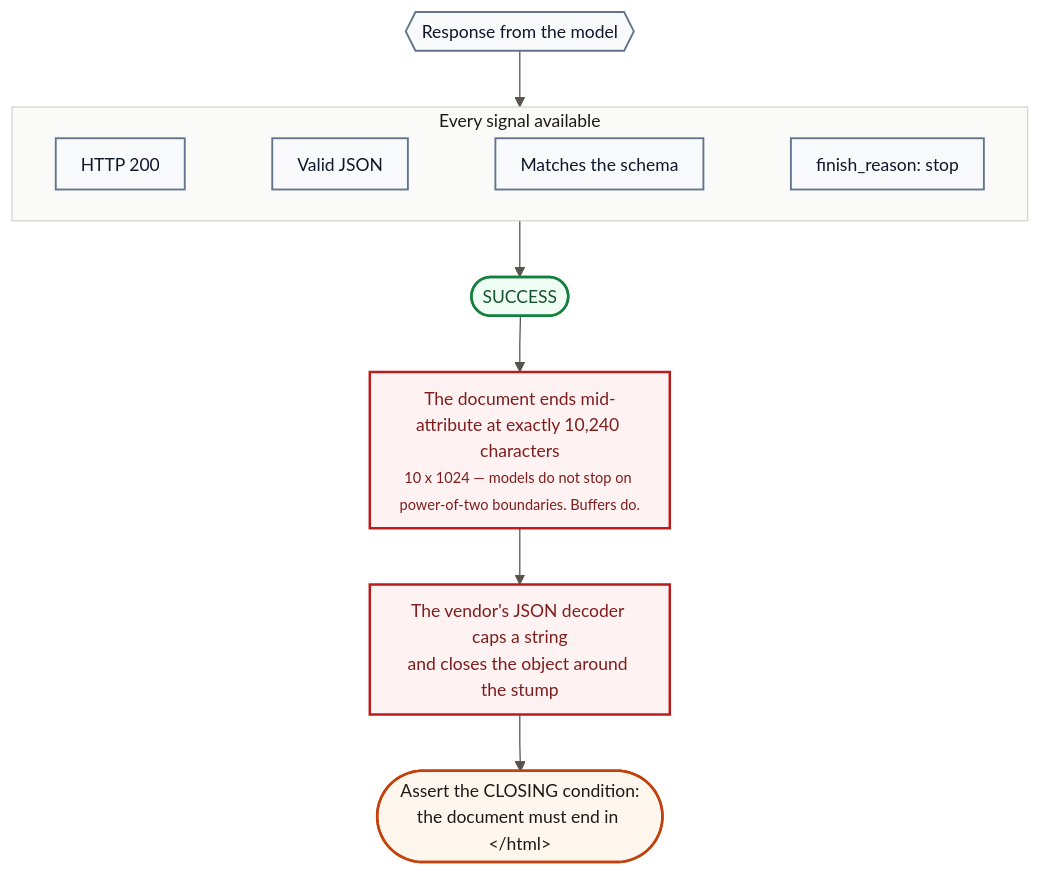
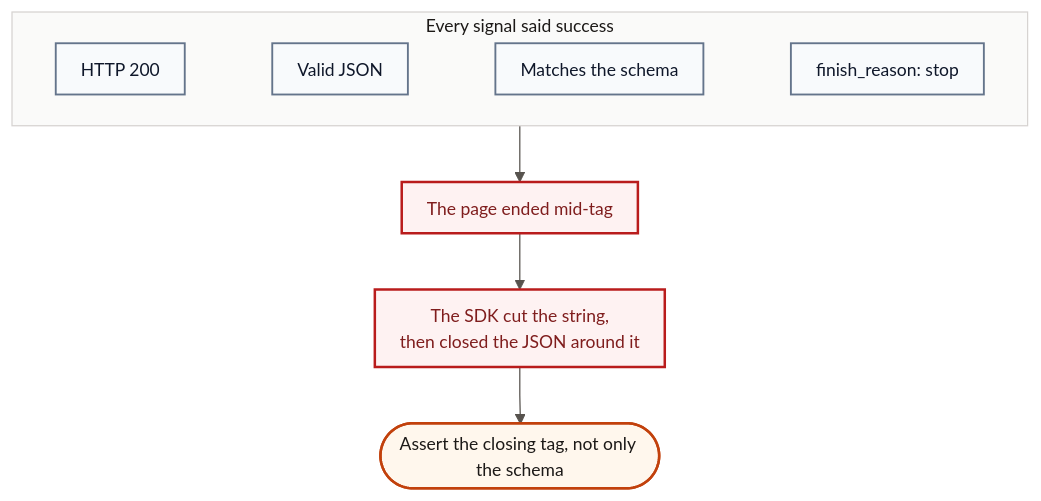
The second of 2 diagrams in docs/04-debugging-log.md (Rounak7721/ReForge), drawn with Mermaid before and after one commit. The commit also changed 15 other files, not shown here.

````diff
--- a/docs/04-debugging-log.md
+++ b/docs/04-debugging-log.md
@@ -1010,34 +1010,21 @@
 ```mermaid
 %%{init: {'theme':'base','themeVariables':{'fontFamily':'ui-sans-serif, system-ui, -apple-system, sans-serif','fontSize':'14px','textColor':'#1c1917','primaryTextColor':'#1c1917','secondaryTextColor':'#1c1917','tertiaryTextColor':'#1c1917','nodeTextColor':'#1c1917','titleColor':'#1c1917','lineColor':'#57534e','mainBkg':'#ffffff','nodeBorder':'#57534e','background':'#ffffff','clusterBkg':'#fafaf9','clusterBorder':'#d6d3d1','edgeLabelBackground':'#f5f5f4','primaryColor':'#ffffff','primaryBorderColor':'#57534e','secondaryColor':'#fafaf9','tertiaryColor':'#f5f5f4'},'flowchart':{'curve':'linear','nodeSpacing':30,'rankSpacing':45,'padding':10,'htmlLabels':true}}}%%
 flowchart TB
-    R{{"Response from the model"}}
-
-    subgraph SIG["Every signal available"]
+    subgraph SIG["Every signal said success"]
         direction LR
         S1["HTTP 200"] ~~~ S2["Valid JSON"] ~~~ S3["Matches the schema"] ~~~ S4["finish_reason: stop"]
     end
 
-    OK(["SUCCESS"])
-    BAD["The document ends mid-attribute at exactly 10,240 characters<br/><small>10 x 1024 — models do not stop on power-of-two boundaries. Buffers do.</small>"]
-    CAUSE["The vendor's JSON decoder caps a string<br/>and closes the object around the stump"]
-    FIX(["Assert the CLOSING condition:<br/>the document must end in &lt;/html&gt;"])
+    BAD["The page ended mid-tag"]
+    CAUSE["The SDK cut the string,<br/>then closed the JSON around it"]
+    FIX(["Assert the closing tag, not only the schema"])
 
-    R --> SIG
-    SIG --> OK
-    OK --> BAD
-    BAD --> CAUSE
-    CAUSE --> FIX
-
-
+    SIG --> BAD --> CAUSE --> FIX
 
     classDef core fill:#fff7ed,stroke:#c2410c,stroke-width:2px,color:#1c1917
-    classDef data fill:#f0fdf4,stroke:#15803d,stroke-width:2px,color:#14532d
     classDef ext fill:#f8fafc,stroke:#64748b,stroke-width:1.5px,color:#0f172a
-    classDef gate fill:#fffbeb,stroke:#b45309,stroke-width:2px,color:#78350f
     classDef bad fill:#fef2f2,stroke:#b91c1c,stroke-width:2px,color:#7f1d1d
-    classDef good fill:#f0fdf4,stroke:#15803d,stroke-width:2px,color:#14532d
-    class R,S1,S2,S3,S4 ext
-    class OK good
+    class S1,S2,S3,S4 ext
     class BAD,CAUSE bad
     class FIX core
 ```
````
